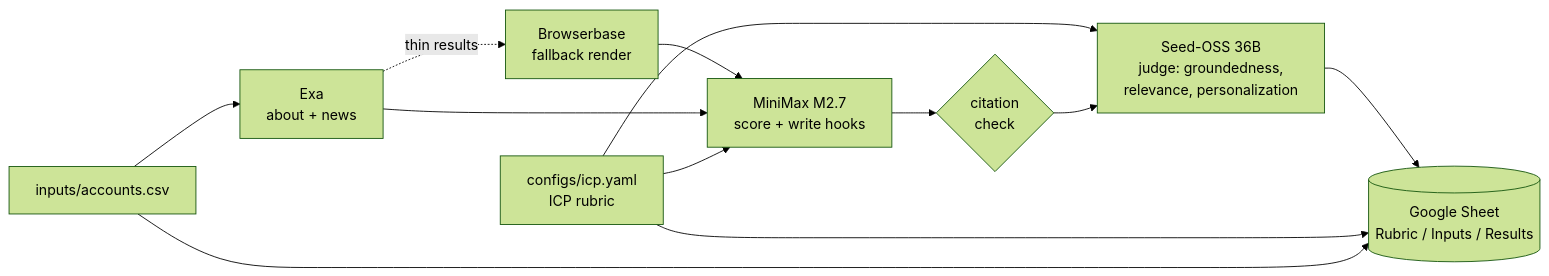
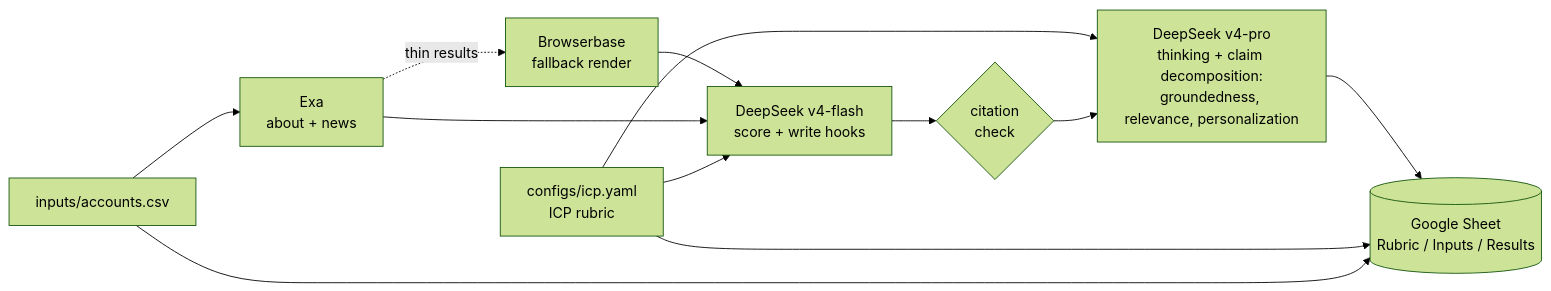
The diagram in README.md (pjnhek/poc_scraper), drawn with Mermaid (forest theme) before and after one commit. The commit also changed other lines of this file and 10 other files, not shown here.

Commit message:
feat(provider): add DeepSeek as primary LLM provider, NVIDIA as fallback

````diff
--- a/README.md
+++ b/README.md
@@ -12,23 +12,23 @@
 ```mermaid
 flowchart LR
     csv[inputs/accounts.csv]
     icp[configs/icp.yaml<br/>ICP rubric]
     exa[Exa<br/>about + news]
     bb[Browserbase<br/>fallback render]
-    writer[MiniMax M2.7<br/>score + write hooks]
+    writer[DeepSeek v4-flash<br/>score + write hooks]
     cite{citation<br/>check}
-    judge[Seed-OSS 36B<br/>judge: groundedness,<br/>relevance, personalization]
+    judge[DeepSeek v4-pro<br/>thinking + claim decomposition:<br/>groundedness, relevance, personalization]
     sheet[(Google Sheet<br/>Rubric / Inputs / Results)]
 
     csv --> exa
     exa -. thin results .-> bb
     bb --> writer
     exa --> writer
     icp --> writer
     icp --> judge
     writer --> cite
     cite --> judge
     judge --> sheet
     icp --> sheet
     csv --> sheet
 ```
````
